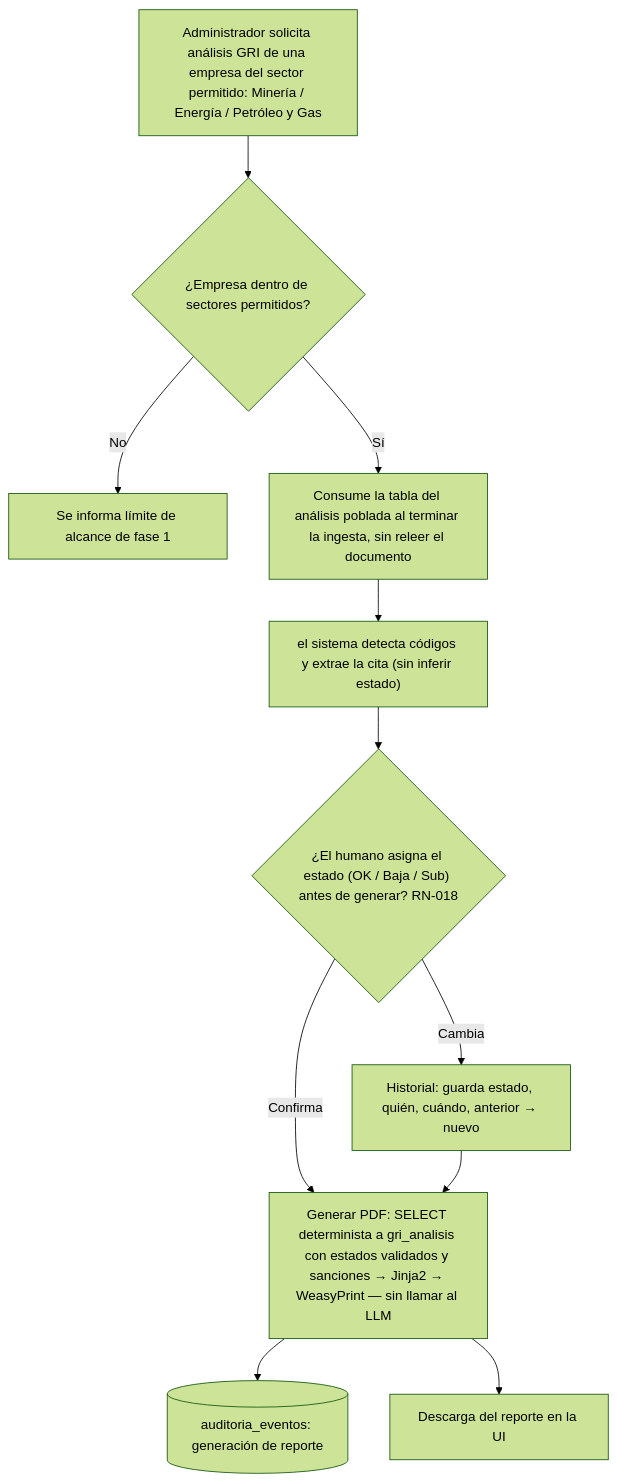
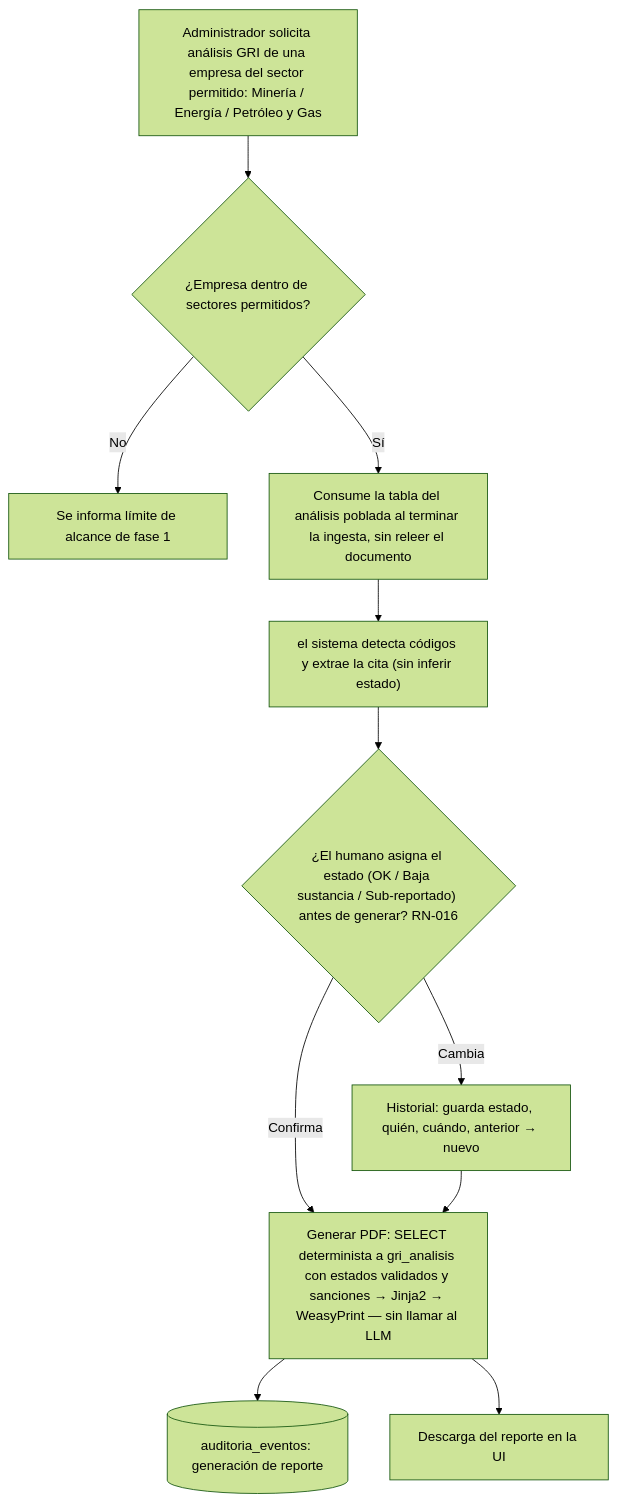
The third of 3 diagrams in FASE 1/01-Analisis-y-Diseno/03-Diagramas-de-Procesos-TO-BE.md (lFunkwnon01/igualab_md), drawn with Mermaid (forest theme) before and after one commit. The commit also changed other lines of this file and 82 other files, not shown here.

````diff
--- a/FASE 1/01-Analisis-y-Diseno/03-Diagramas-de-Procesos-TO-BE.md
+++ b/FASE 1/01-Analisis-y-Diseno/03-Diagramas-de-Procesos-TO-BE.md
@@ -48,14 +48,14 @@
 ```mermaid
 flowchart TD
     S["Administrador solicita análisis GRI de una empresa del sector permitido: Minería / Energía / Petróleo y Gas"]
     S --> R1{"¿Empresa dentro de sectores permitidos?"}
     R1 -- No --> DEN["Se informa límite de alcance de fase 1"]
     R1 -- Sí --> RAW["Consume la tabla del análisis poblada al terminar la ingesta, sin releer el documento"]
     RAW --> SUG["el sistema detecta códigos y extrae la cita (sin inferir estado)"]
-    SUG --> HUM{"¿El humano asigna el estado (OK / Baja / Sub) antes de generar? RN-018"}
+    SUG --> HUM{"¿El humano asigna el estado (OK / Baja sustancia / Sub-reportado) antes de generar? RN-016"}
     HUM -- Cambia --> REG["Historial: guarda estado, quién, cuándo, anterior → nuevo"]
     HUM -- Confirma --> GEN
     REG --> GEN["Generar PDF: SELECT determinista a gri_analisis con estados validados y sanciones → Jinja2 → WeasyPrint — sin llamar al LLM"]
     GEN --> AUD2[("auditoria_eventos: generación de reporte")]
     GEN --> DL["Descarga del reporte en la UI"]
 ```
````
